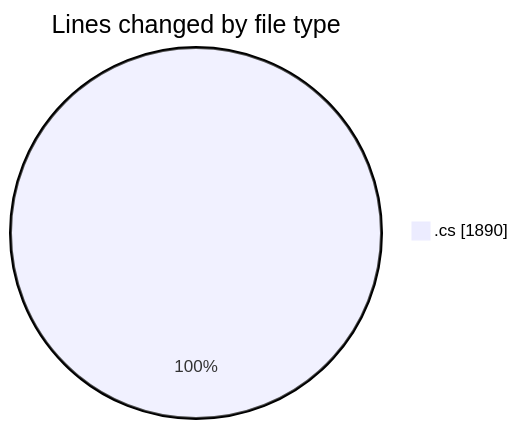
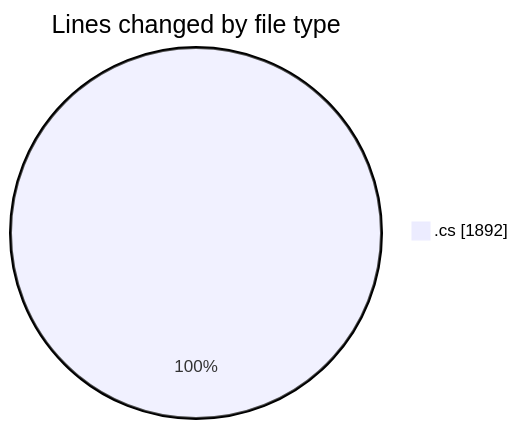
Before and after one commit to Netris89/code-tracking: the first of 2 diagrams in 2025-04-01/back-end/README.md, drawn with Mermaid. The commit also changed other lines of this file and 1 other file, not shown here.

````diff
--- a/2025-04-01/back-end/README.md
+++ b/2025-04-01/back-end/README.md
@@ -29,5 +29,5 @@
 ```mermaid
 pie showData
 title Lines changed by file type
-".cs" : 1890
+".cs" : 1892
 ```
````
